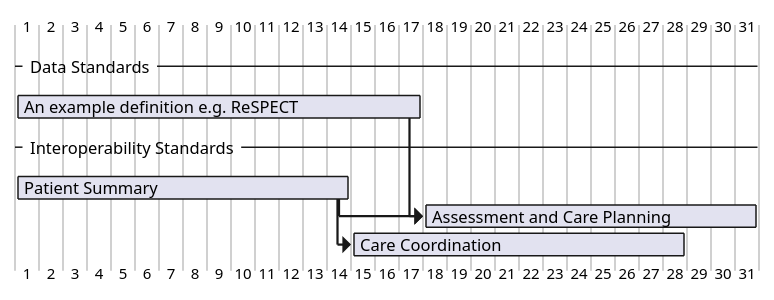
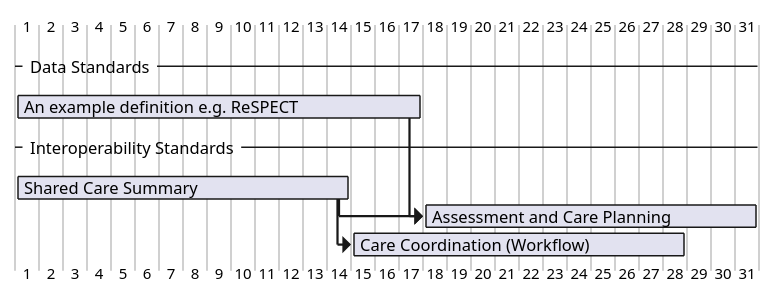
One commit to NHSDigital/interoperability-standards-documentation changed the diagram in input/images-source/clinical-delivery-gantt.plantuml. Above: the diagram before and after it, drawn with PlantUML. The commit also changed 347 other files, not shown here.

```diff
--- a/input/images-source/clinical-delivery-gantt.plantuml
+++ b/input/images-source/clinical-delivery-gantt.plantuml
@@ -1,16 +1,16 @@
 @startgantt
 
 -- Data Standards --
  [An example definition e.g. ReSPECT] as [V4] lasts 2 week and 3 days
 
 -- Interoperability Standards --
 
-[Patient Summary] as [V1] lasts 2 week
+[Shared Care Summary] as [V1] lasts 2 week
  [Assessment and Care Planning] as [V2] lasts 2 week
  [V2] starts at [V1]'s end
- [Care Coordination] as [V3] lasts 2 week
+ [Care Coordination (Workflow)] as [V3] lasts 2 week
  [V3] starts at [V1]'s end
  [V2] starts at [V4]'s end
 
 
 @endgantt
```
